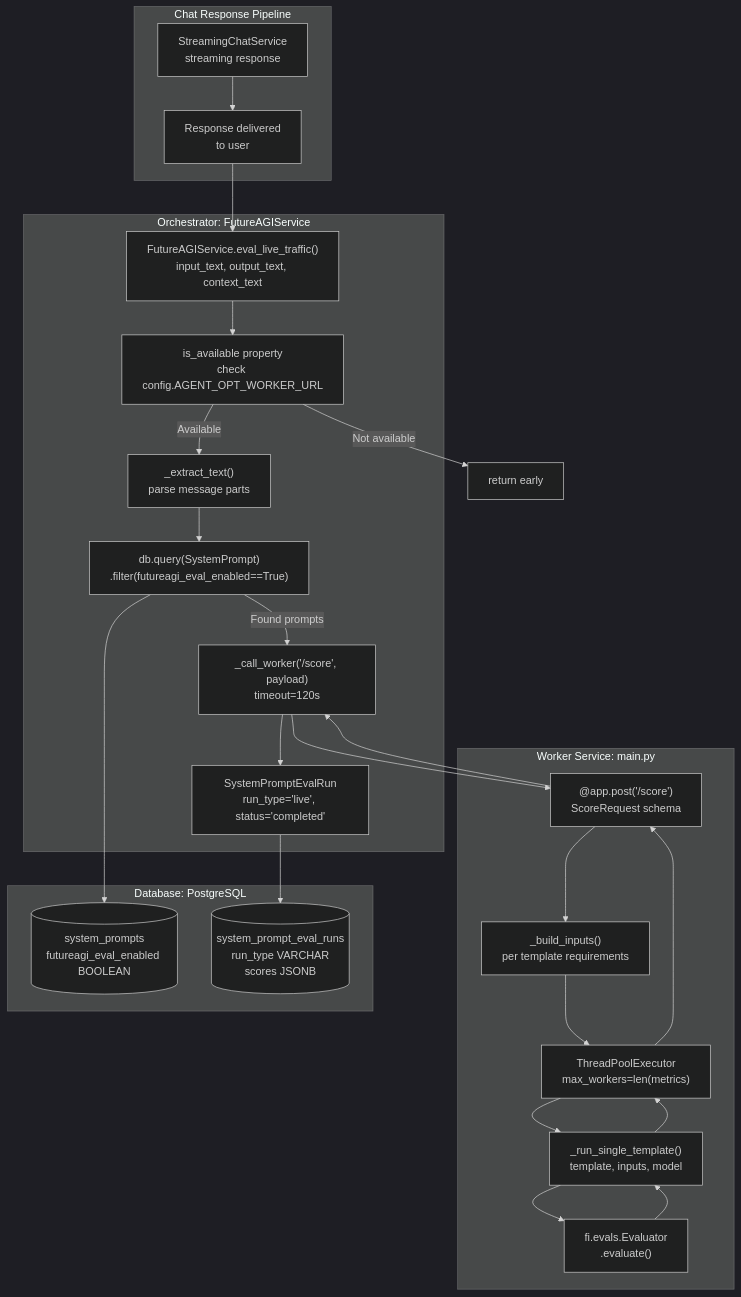
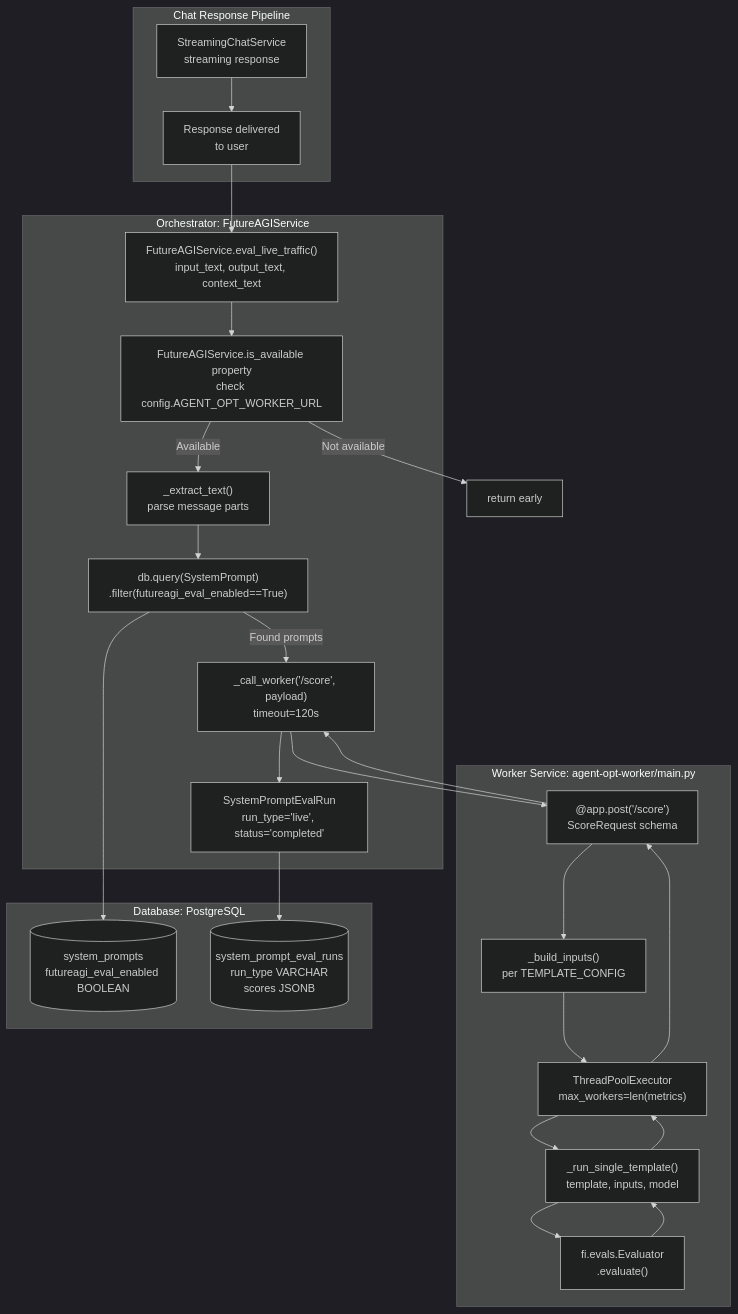
The first of 4 diagrams in docs/prompt-optimization/live-traffic-scoring.md (AutomatosAI/automatos-ai), drawn with Mermaid (dark theme) before and after one commit. The commit also changed other lines of this file and 191 other files, not shown here.

````diff
--- a/docs/prompt-optimization/live-traffic-scoring.md
+++ b/docs/prompt-optimization/live-traffic-scoring.md
@@ -51,49 +51,49 @@
 ```mermaid
 graph TB
     subgraph "Chat Response Pipeline"
         StreamingChat["StreamingChatService<br/>streaming response"]
         ResponseComplete["Response delivered<br/>to user"]
     end
     
     subgraph "Orchestrator: FutureAGIService"
         EvalLive["FutureAGIService.eval_live_traffic()<br/>input_text, output_text, context_text"]
-        CheckAvailable["is_available property<br/>check config.AGENT_OPT_WORKER_URL"]
+        CheckAvailable["FutureAGIService.is_available property<br/>check config.AGENT_OPT_WORKER_URL"]
         ExtractText["_extract_text()<br/>parse message parts"]
         QueryPrompts["db.query(SystemPrompt)<br/>.filter(futureagi_eval_enabled==True)"]
         CallWorker["_call_worker('/score', payload)<br/>timeout=120s"]
         CreateRuns["SystemPromptEvalRun<br/>run_type='live', status='completed'"]
     end
     
-    subgraph "Worker Service: main.py"
+    subgraph "Worker Service: agent-opt-worker/main.py"
         ScoreEndpoint["@app.post('/score')<br/>ScoreRequest schema"]
-        BuildInputs["_build_inputs()<br/>per template requirements"]
+        BuildInputs["_build_inputs()<br/>per TEMPLATE_CONFIG"]
         ThreadPool["ThreadPoolExecutor<br/>max_workers=len(metrics)"]
         RunTemplate["_run_single_template()<br/>template, inputs, model"]
         SDKEval["fi.evals.Evaluator<br/>.evaluate()"]
     end
     
     subgraph "Database: PostgreSQL"
         SystemPromptTable[("system_prompts<br/>futureagi_eval_enabled BOOLEAN")]
         EvalRunsTable[("system_prompt_eval_runs<br/>run_type VARCHAR<br/>scores JSONB")]
     end
     
     StreamingChat --> ResponseComplete
     ResponseComplete --> EvalLive
     EvalLive --> CheckAvailable
     CheckAvailable -->|"Available"| ExtractText
     CheckAvailable -->|"Not available"| Return["return early"]
     ExtractText --> QueryPrompts
     QueryPrompts --> SystemPromptTable
     QueryPrompts -->|"Found prompts"| CallWorker
     CallWorker --> ScoreEndpoint
     ScoreEndpoint --> BuildInputs
     BuildInputs --> ThreadPool
     ThreadPool --> RunTemplate
     RunTemplate --> SDKEval
     SDKEval --> RunTemplate
     RunTemplate --> ThreadPool
     ThreadPool --> ScoreEndpoint
     ScoreEndpoint --> CallWorker
     CallWorker --> CreateRuns
     CreateRuns --> EvalRunsTable
 ```
````
